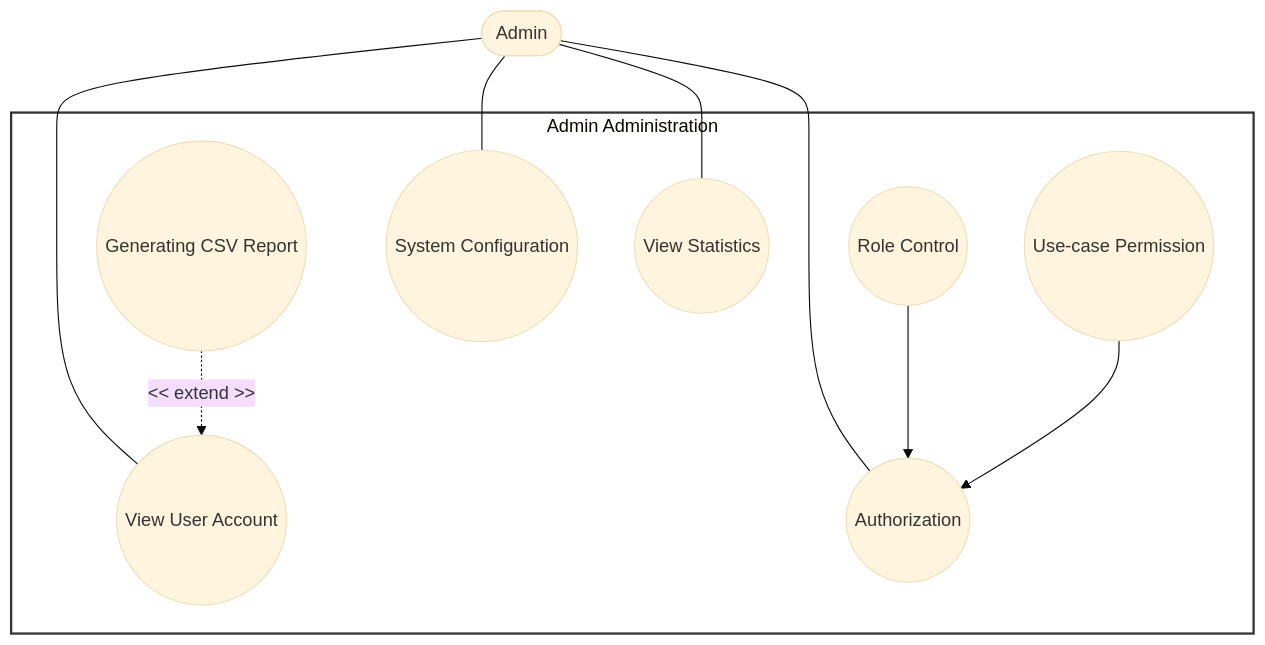
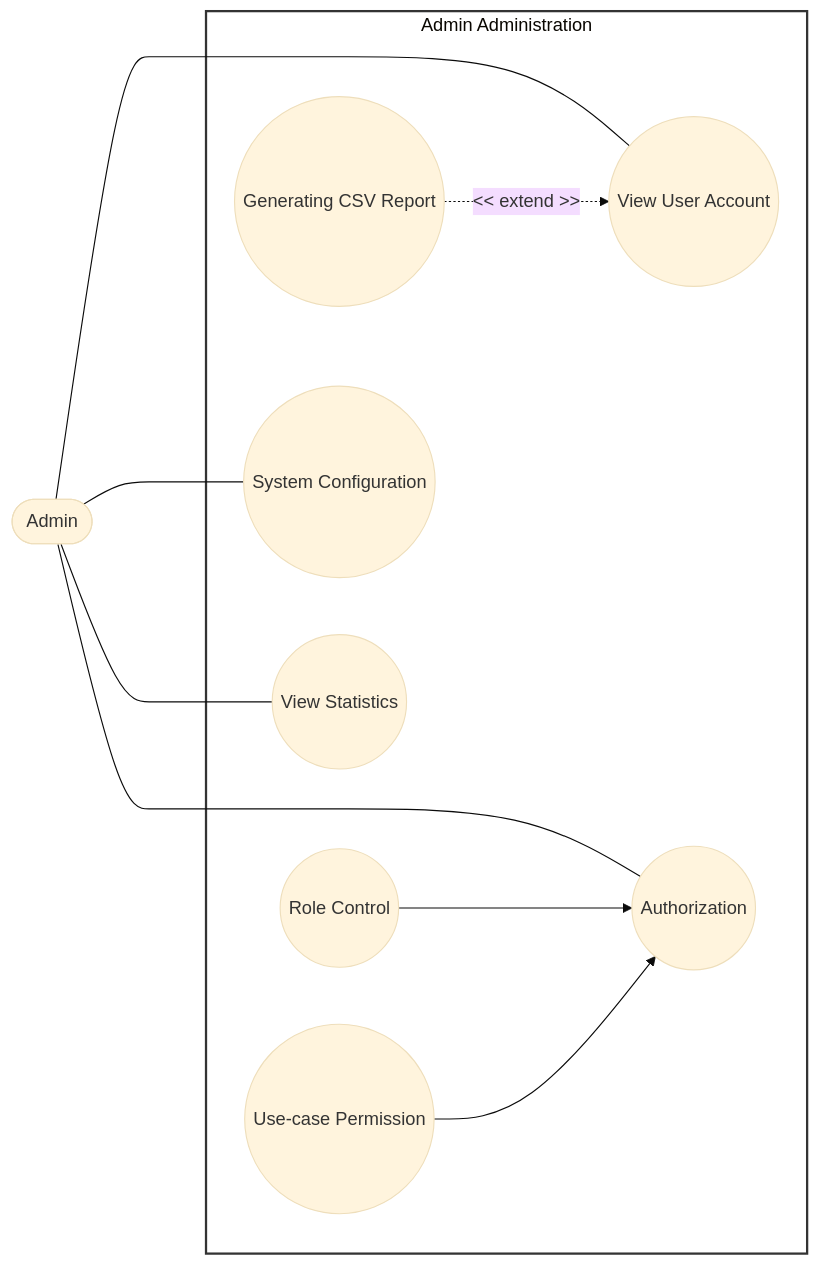
The second of 2 diagrams in docs/use case specification/Admin.md (DuyNhat1705/AmeThyst-Library), drawn with Mermaid (base theme) before and after one commit. The commit also changed other lines of this file and 2 other files, not shown here.

Commit message:
Removing abstract usecase (Admin, Librarian, Study_group)

````diff
--- a/docs/use case specification/Admin.md
+++ b/docs/use case specification/Admin.md
@@ -71,19 +68,19 @@
 ```mermaid
-flowchart TD
+flowchart LR
  subgraph AdminAdministration["Admin Administration"]
         UC1(("View User Account"))
         UC2(("Generating CSV Report"))
         UC3(("Authorization"))
         UC4(("Role Control"))
         UC5(("Use-case Permission"))
         UC6(("System Configuration"))
         UC7(("View Statistics"))
   end
-    Admin(["Admin"]) ~~~~ AdminAdministration
+    Admin(["Admin"]) ~~~~~ AdminAdministration
     Admin --- UC1 & UC3 & UC6 & UC7
-    UC2 -. "<< extend >>" .-> UC1
+    UC2 -. &lt;&lt; extend &gt;&gt; .-> UC1
     UC4 --> UC3
     UC5 --> UC3
 
     style AdminAdministration fill:#fff,stroke:#333,stroke-width:2px
 ```
````
